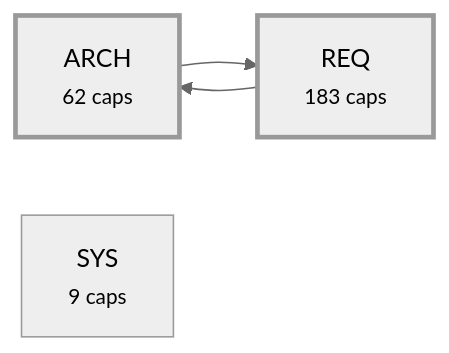
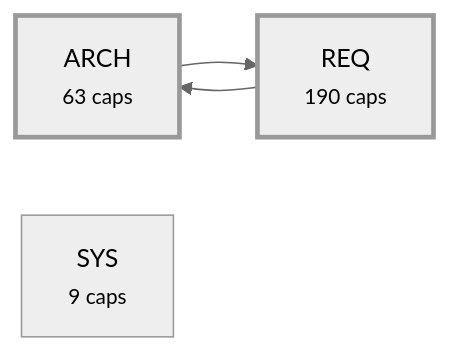
One commit to alxmax/Requirement-manager changed the third of 4 diagrams in plugin/requirements/_map.md. Above: the diagram before and after it, drawn with Mermaid (neutral theme). The commit also changed other lines of this file and 42 other files, not shown here.

````diff
--- a/plugin/requirements/_map.md
+++ b/plugin/requirements/_map.md
@@ -945,10 +968,10 @@
 ```mermaid
 graph LR
-  a_ARCH["ARCH<br><small>62 caps</small>"]
-  a_REQ["REQ<br><small>183 caps</small>"]
+  a_ARCH["ARCH<br><small>63 caps</small>"]
+  a_REQ["REQ<br><small>190 caps</small>"]
   a_SYS["SYS<br><small>9 caps</small>"]
   a_ARCH --> a_REQ
   a_REQ --> a_ARCH
   style a_ARCH stroke-width:3px
   style a_REQ stroke-width:3px
 ```
````
